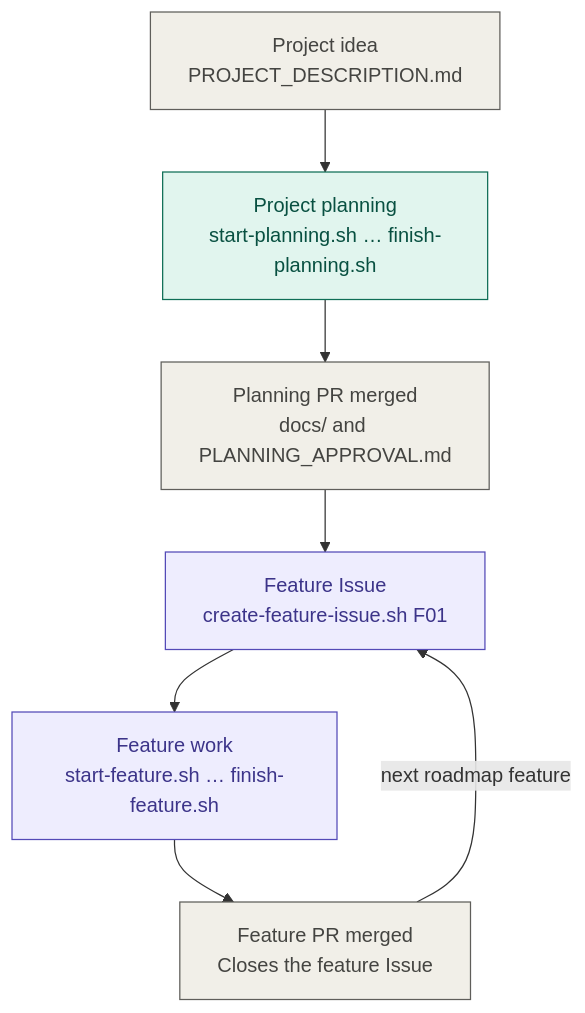
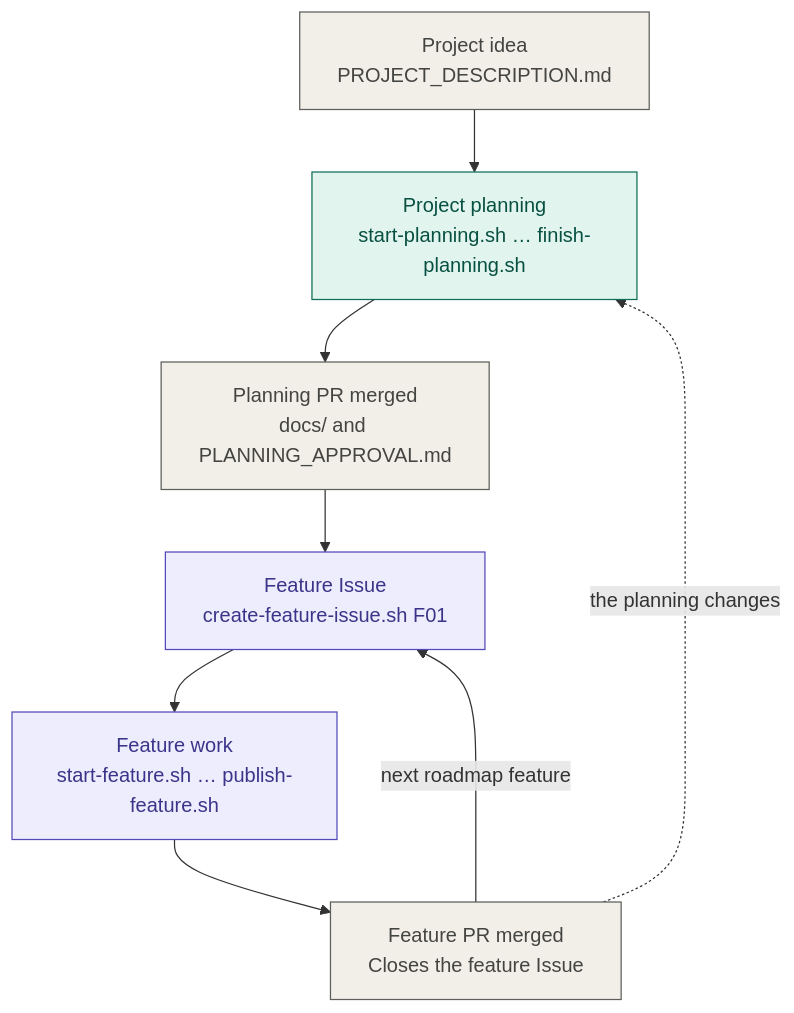
One commit to taspinar/physics-by-construction changed the first of 6 diagrams in docs/workflow.md. Above: the diagram before and after it, drawn with Mermaid. The commit also changed other lines of this file and 44 other files, not shown here.

````diff
--- a/docs/workflow.md
+++ b/docs/workflow.md
@@ -21,19 +22,20 @@
 ```mermaid
 flowchart TD
   idea["Project idea<br/>PROJECT_DESCRIPTION.md"]
   planning["Project planning<br/>start-planning.sh … finish-planning.sh"]
   planpr["Planning PR merged<br/>docs/ and PLANNING_APPROVAL.md"]
   issue["Feature Issue<br/>create-feature-issue.sh F01"]
-  feature["Feature work<br/>start-feature.sh … finish-feature.sh"]
+  feature["Feature work<br/>start-feature.sh … publish-feature.sh"]
   featurepr["Feature PR merged<br/>Closes the feature Issue"]
 
   idea --> planning --> planpr --> issue --> feature --> featurepr
   featurepr -- next roadmap feature --> issue
+  featurepr -. the planning changes .-> planning
 
   classDef plan fill:#E1F5EE,stroke:#0F6E56,color:#085041
   classDef feat fill:#EEEDFE,stroke:#534AB7,color:#3C3489
   classDef neutral fill:#F1EFE8,stroke:#5F5E5A,color:#444441
   class planning plan
   class issue,feature feat
   class idea,planpr,featurepr neutral
 ```
````
